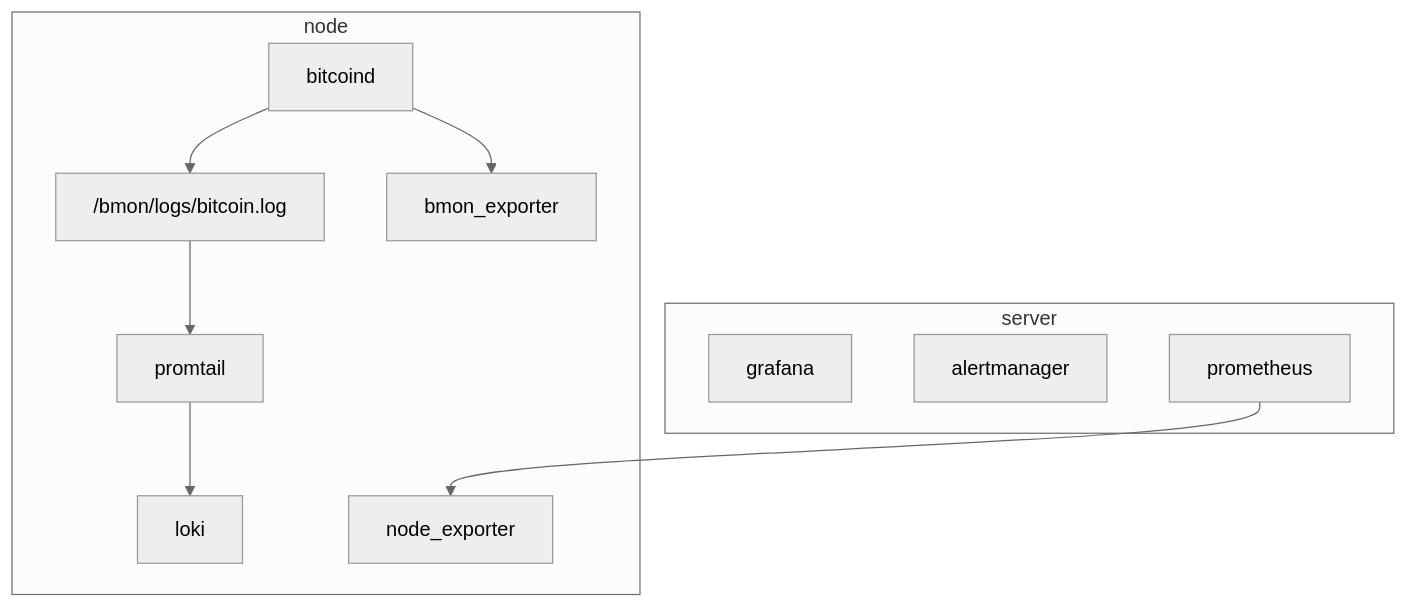
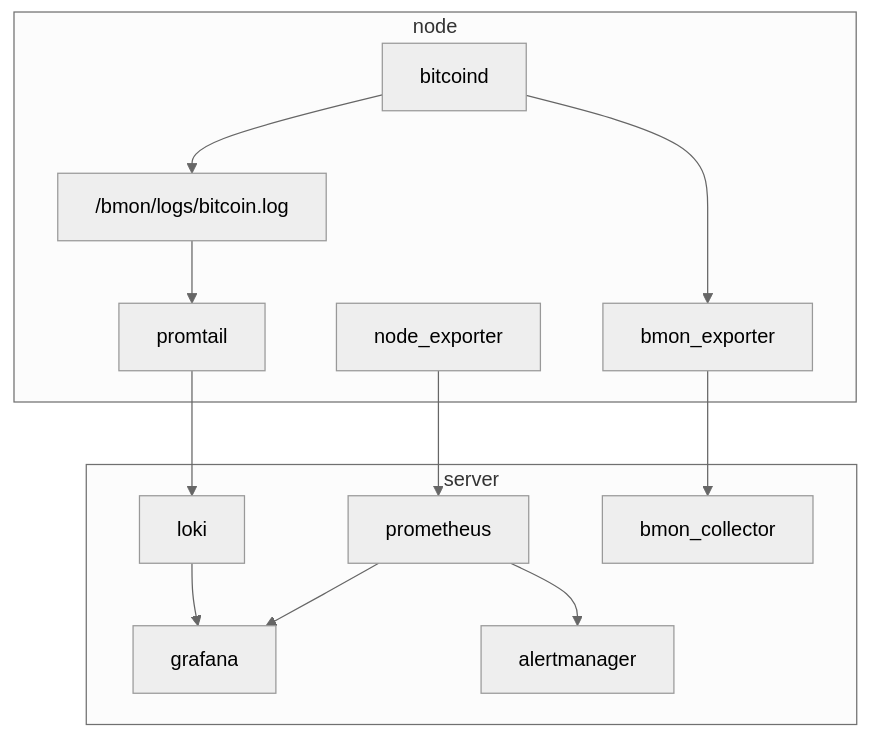
The diagram in README.md (chaincodelabs/bmon), drawn with Mermaid (neutral theme) before and after one commit.

````diff
--- a/README.md
+++ b/README.md
@@ -28,18 +28,26 @@
 ```mermaid
 flowchart TD
+  subgraph node
+      node_exporter
+      bmon_exporter
+  end
+  subgraph server
+      loki
+      grafana
+      alertmanager
+      prometheus
+      loki --> grafana
+      prometheus --> grafana
+      bmon_exporter --> bmon_collector
+  end
   subgraph node
     promtail
     promtail --> loki
     bitcoind --> /bmon/logs/bitcoin.log
     /bmon/logs/bitcoin.log --> promtail
     bitcoind --> bmon_exporter
-    node_exporter
+    node_exporter --> prometheus
+    prometheus --> alertmanager
   end
-  subgraph server
-      loki
-      grafana
-      alertmanager
-      prometheus
-      prometheus --> node_exporter
-  end
+
 ```
````
